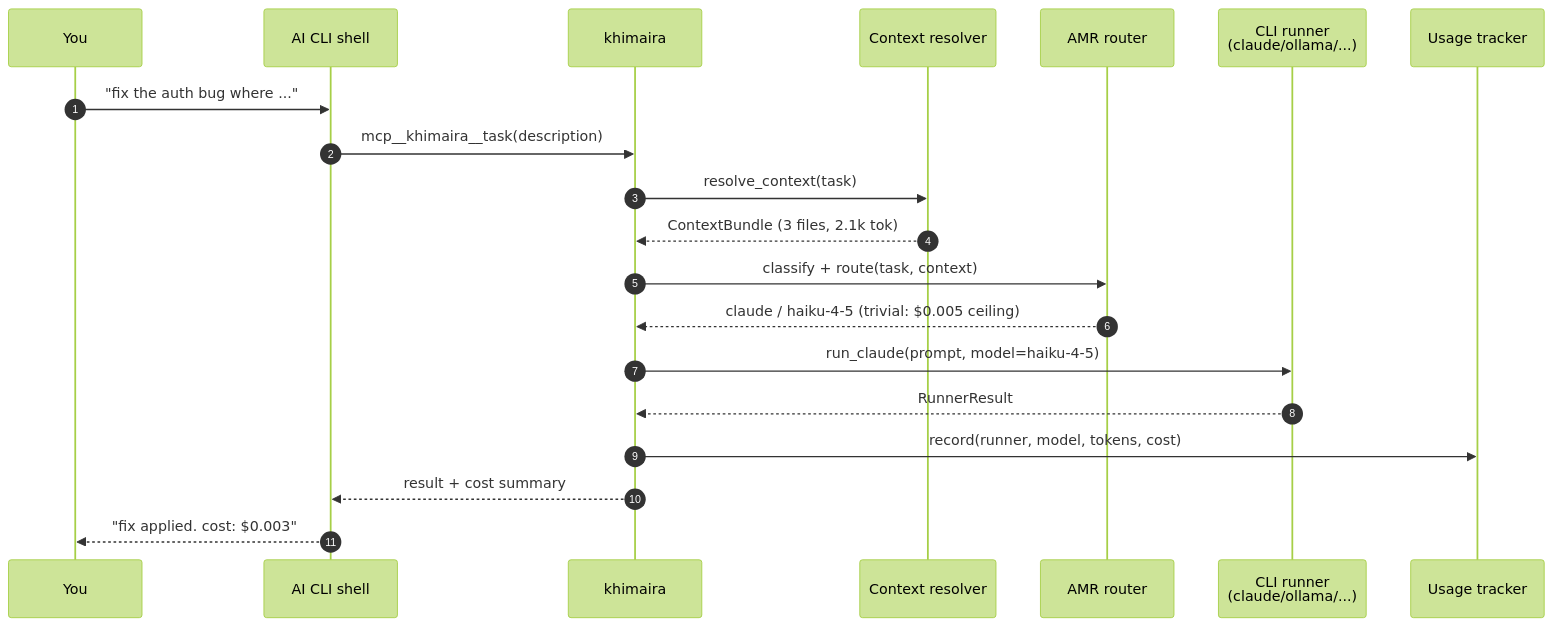
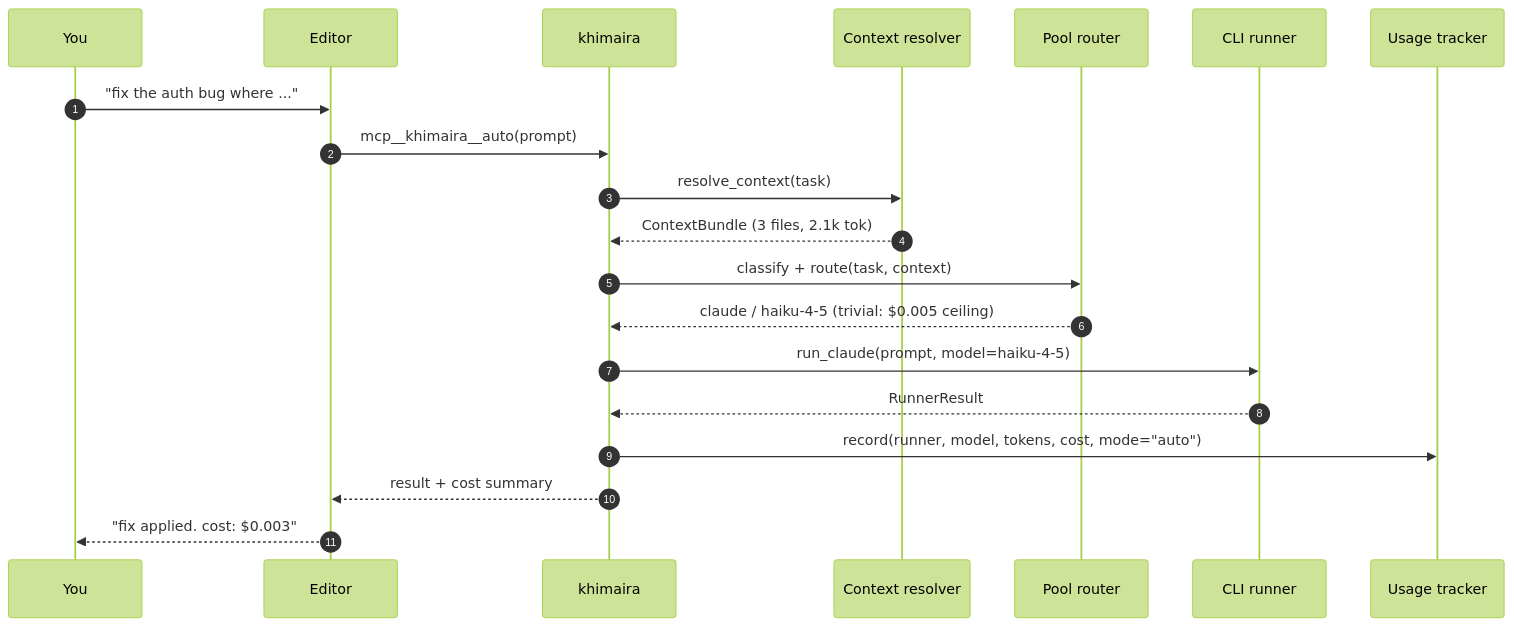
Before and after one commit to fsocietydisobey/chimera: the second of 5 diagrams in README.md, drawn with Mermaid (forest theme). The commit also changed other lines of this file, not shown here.

````diff
--- a/README.md
+++ b/README.md
@@ -69,23 +117,23 @@
 ```mermaid
 sequenceDiagram
     autonumber
     participant U as You
-    participant S as AI CLI shell
-    participant C as khimaira
+    participant E as Editor
+    participant K as khimaira
     participant CR as Context resolver
-    participant R as AMR router
-    participant Run as CLI runner<br/>(claude/ollama/...)
+    participant R as Pool router
+    participant Run as CLI runner
     participant T as Usage tracker
 
-    U->>S: "fix the auth bug where ..."
-    S->>C: mcp__khimaira__task(description)
-    C->>CR: resolve_context(task)
-    CR-->>C: ContextBundle (3 files, 2.1k tok)
-    C->>R: classify + route(task, context)
-    R-->>C: claude / haiku-4-5 (trivial: $0.005 ceiling)
-    C->>Run: run_claude(prompt, model=haiku-4-5)
-    Run-->>C: RunnerResult
-    C->>T: record(runner, model, tokens, cost)
-    C-->>S: result + cost summary
-    S-->>U: "fix applied. cost: $0.003"
+    U->>E: "fix the auth bug where ..."
+    E->>K: mcp__khimaira__auto(prompt)
+    K->>CR: resolve_context(task)
+    CR-->>K: ContextBundle (3 files, 2.1k tok)
+    K->>R: classify + route(task, context)
+    R-->>K: claude / haiku-4-5 (trivial: $0.005 ceiling)
+    K->>Run: run_claude(prompt, model=haiku-4-5)
+    Run-->>K: RunnerResult
+    K->>T: record(runner, model, tokens, cost, mode="auto")
+    K-->>E: result + cost summary
+    E-->>U: "fix applied. cost: $0.003"
 ```
````
